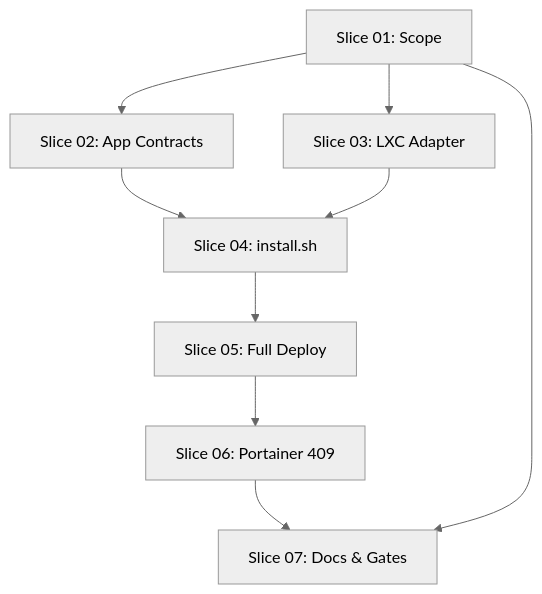
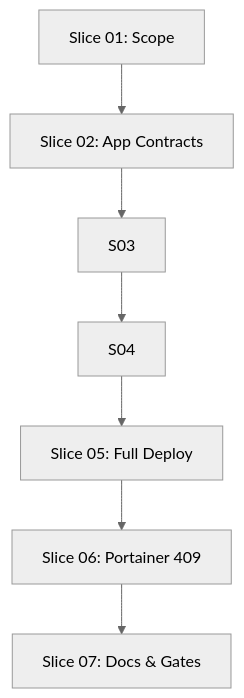
One commit to MatthiasBurger-Coder/Tiny-Swarm-World changed the diagram in documentation/workflow/workflow.md. Above: the diagram before and after it, drawn with Mermaid (neutral theme). The commit also changed other lines of this file and 7 other files, not shown here.

````diff
--- a/documentation/workflow/workflow.md
+++ b/documentation/workflow/workflow.md
@@ -721,11 +742,9 @@
 ```mermaid
 flowchart TD
   S01["Slice 01: Scope"] --> S02["Slice 02: App Contracts"]
-  S01 --> S03["Slice 03: LXC Adapter"]
-  S02 --> S04["Slice 04: install.sh"]
+  S02 --> S03
   S03 --> S04
   S04 --> S05["Slice 05: Full Deploy"]
   S05 --> S06["Slice 06: Portainer 409"]
   S06 --> S07["Slice 07: Docs & Gates"]
-  S01 --> S07
 ```
````
